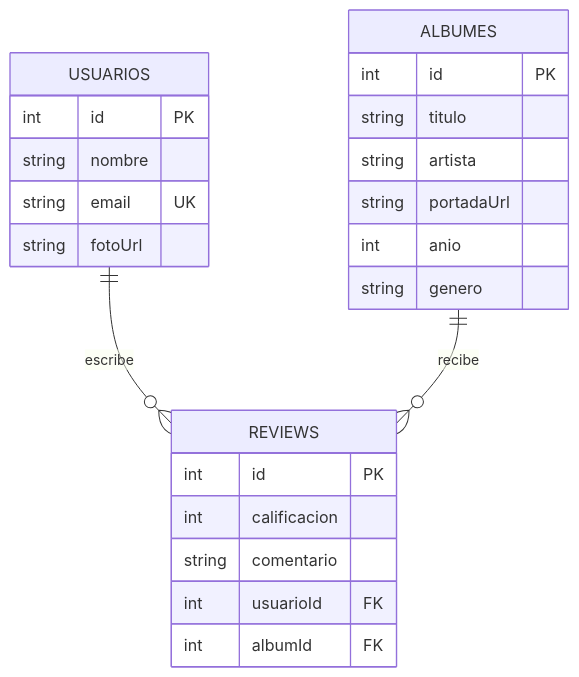
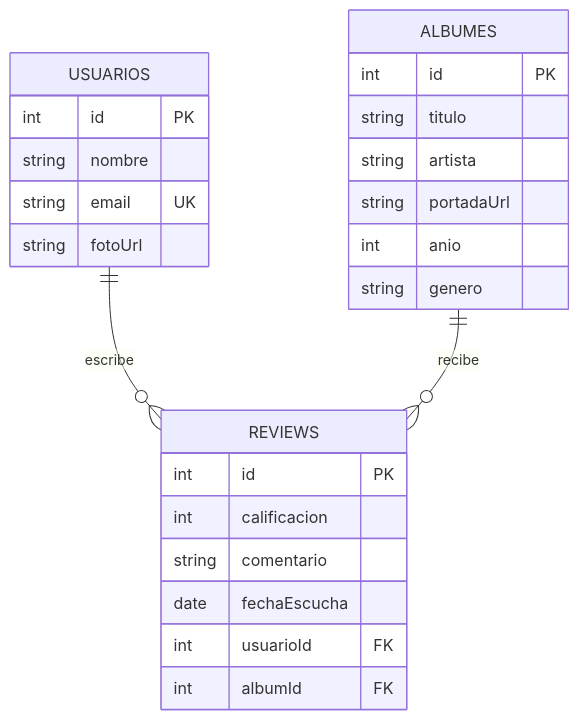
One commit to AndresContreras1/mixtapp-backend changed the first of 2 diagrams in README.md. Above: the diagram before and after it, drawn with Mermaid. The commit also changed other lines of this file, not shown here.

````diff
--- a/README.md
+++ b/README.md
@@ -30,26 +31,27 @@
 ```mermaid
 erDiagram
     USUARIOS ||--o{ REVIEWS : escribe
     ALBUMES ||--o{ REVIEWS : recibe
     USUARIOS {
         int id PK
         string nombre
         string email UK
         string fotoUrl
     }
     ALBUMES {
         int id PK
         string titulo
         string artista
         string portadaUrl
         int anio
         string genero
     }
     REVIEWS {
         int id PK
         int calificacion
         string comentario
+        date fechaEscucha
         int usuarioId FK
         int albumId FK
     }
 ```
````
